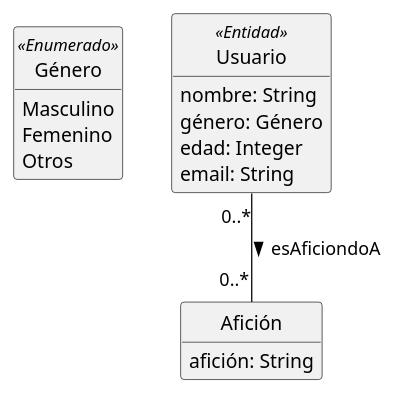
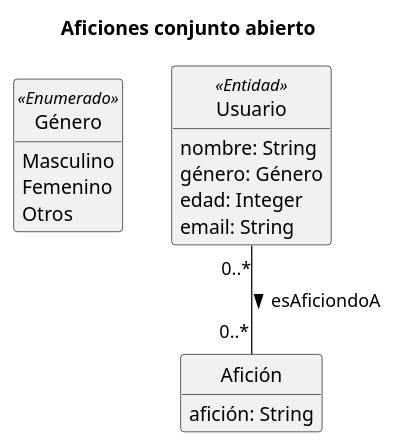
Before and after one commit to IISSI-US/silence-db: the diagram in _sql/AficionesDin/diagrams.puml, drawn with PlantUML. The commit also changed 1 other file, not shown here.

Commit message:
Diagramas de aficiones

```diff
--- a/_sql/AficionesDin/diagrams.puml
+++ b/_sql/AficionesDin/diagrams.puml
@@ -1,22 +1,23 @@
 @startuml aficiones-din-dc
 
-hide circle
-hide empty members
+    title "Aficiones conjunto abierto"
+    hide circle
+    hide empty members
 
-Enum Género << Enumerado >>{
-    Masculino
-    Femenino
-    Otros
-} 
+    Enum Género << Enumerado >>{
+        Masculino
+        Femenino
+        Otros
+    } 
     Class Usuario << Entidad >>{
         nombre: String
         género: Género
         edad: Integer
         email: String
     } 
     Class Afición {
         afición: String
     } 
 
     Usuario "0..*" -- "0..*" Afición: esAficiondoA >
 @enduml
```
